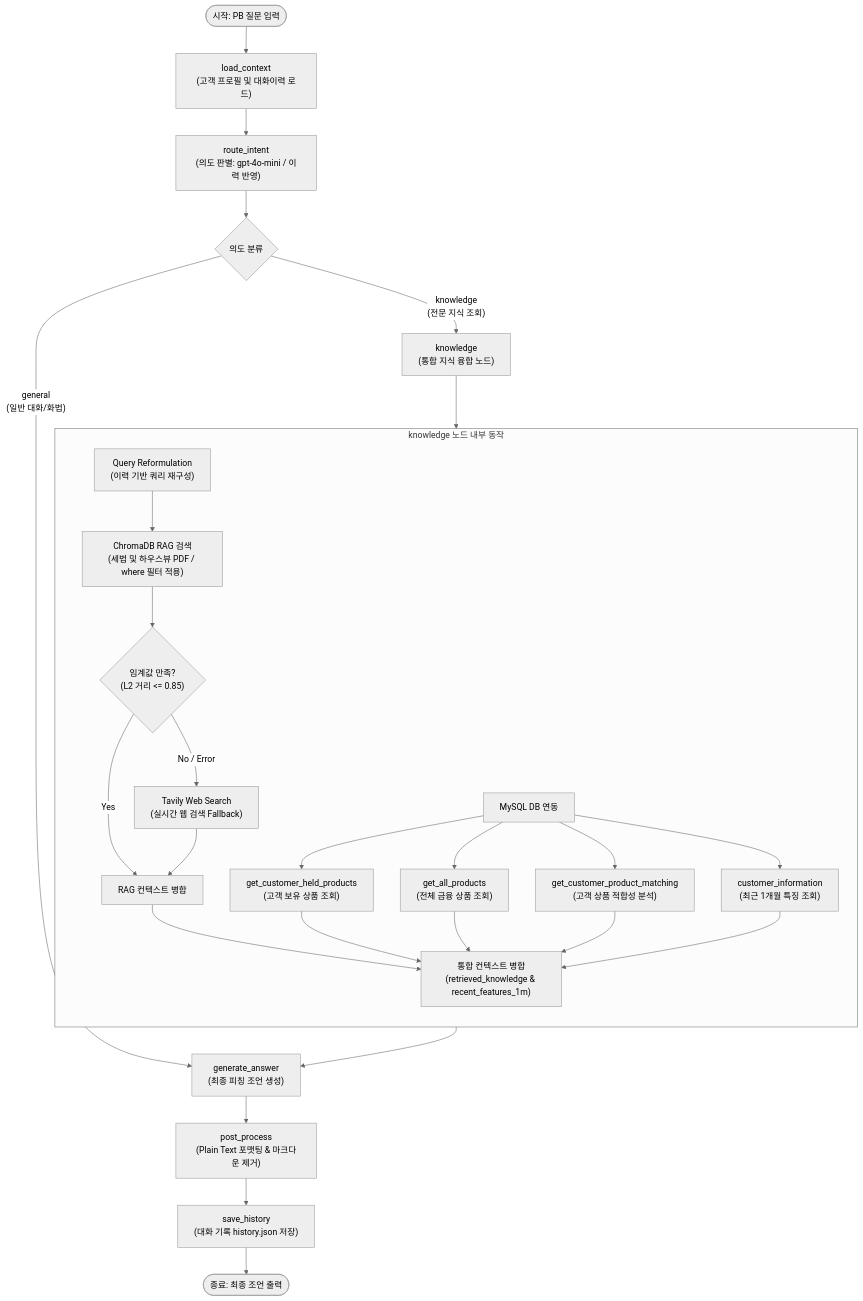
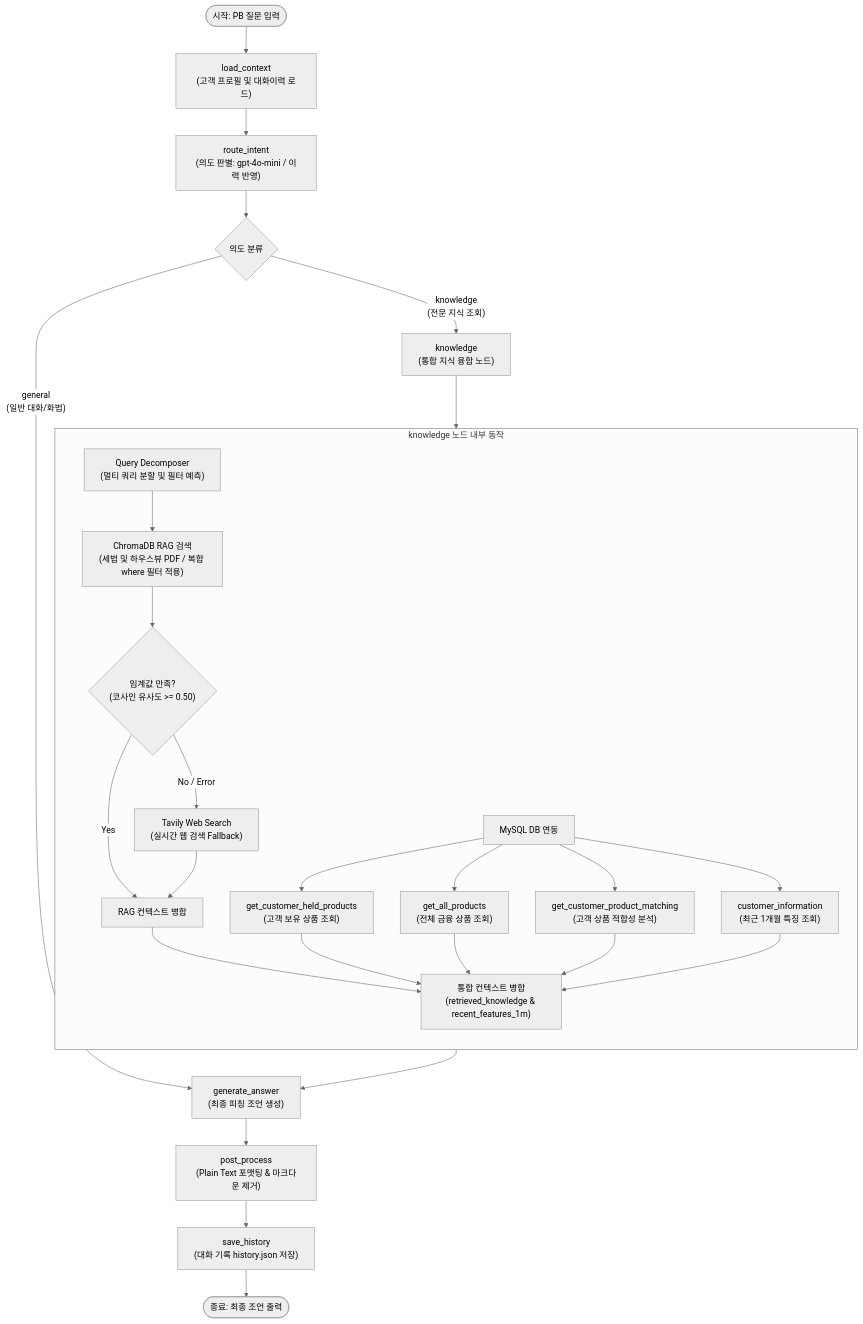
One commit to PoomSaengPoomSa/POOM-AI changed the first of 2 diagrams in agent/simulator/explain.md. Above: the diagram before and after it, drawn with Mermaid (neutral theme). The commit also changed other lines of this file and 8 other files, not shown here.

````diff
--- a/agent/simulator/explain.md
+++ b/agent/simulator/explain.md
@@ -32,35 +32,35 @@
 ```mermaid
 flowchart TD
     Start([시작: PB 질문 입력]) --> Node1["load_context<br>(고객 프로필 및 대화이력 로드)"]
     Node1 --> Node2["route_intent<br>(의도 판별: gpt-4o-mini / 이력 반영)"]
     Node2 --> Edge1{"의도 분류"}
     
     Edge1 -- "general<br>(일반 대화/화법)" --> Node4["generate_answer<br>(최종 피칭 조언 생성)"]
     Edge1 -- "knowledge<br>(전문 지식 조회)" --> Node3["knowledge<br>(통합 지식 융합 노드)"]
     
     subgraph knowledge_node [knowledge 노드 내부 동작]
         direction TB
-        QR["Query Reformulation<br>(이력 기반 쿼리 재구성)"] --> K1["ChromaDB RAG 검색<br>(세법 및 하우스뷰 PDF / where 필터 적용)"]
-        K1 --> K2{"임계값 만족?<br>(L2 거리 <= 0.85)"}
+        QD["Query Decomposer<br>(멀티 쿼리 분할 및 필터 예측)"] --> K1["ChromaDB RAG 검색<br>(세법 및 하우스뷰 PDF / 복합 where 필터 적용)"]
+        K1 --> K2{"임계값 만족?<br>(코사인 유사도 >= 0.50)"}
         K2 -- No / Error --> K3["Tavily Web Search<br>(실시간 웹 검색 Fallback)"]
         K2 -- Yes --> K4["RAG 컨텍스트 병합"]
         K3 --> K4
         
         DB1["MySQL DB 연동"] --> DB2["get_customer_held_products<br>(고객 보유 상품 조회)"]
         DB1 --> DB3["get_all_products<br>(전체 금융 상품 조회)"]
         DB1 --> DB4["get_customer_product_matching<br>(고객 상품 적합성 분석)"]
         DB1 --> DB5["customer_information<br>(최근 1개월 특징 조회)"]
         
         K4 --> Merge["통합 컨텍스트 병합<br>(retrieved_knowledge & recent_features_1m)"]
         DB2 --> Merge
         DB3 --> Merge
         DB4 --> Merge
         DB5 --> Merge
     end
     
     Node3 --> knowledge_node
     Merge --> Node4
     Node4 --> Node5["post_process<br>(Plain Text 포맷팅 & 마크다운 제거)"]
     Node5 --> Node6["save_history<br>(대화 기록 history.json 저장)"]
     Node6 --> End([종료: 최종 조언 출력])
 ```
````
